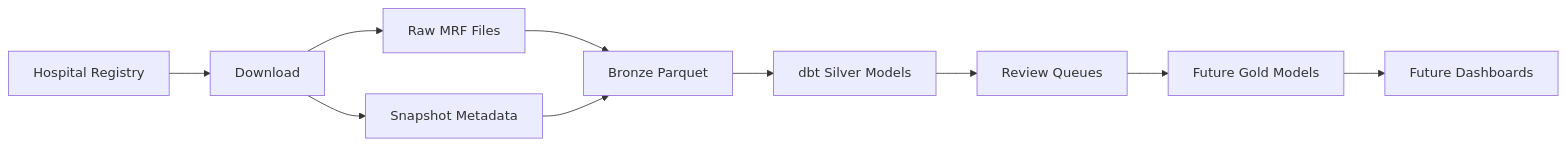
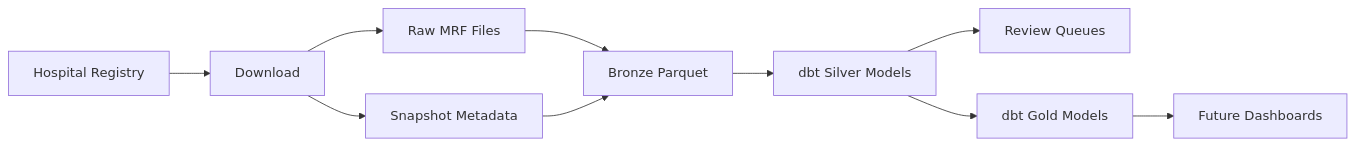
One commit to jakegussler/hospital-price-transparency-analytics changed the diagram in README.md. Above: the diagram before and after it, drawn with Mermaid. The commit also changed other lines of this file and 18 other files, not shown here.

````diff
--- a/README.md
+++ b/README.md
@@ -211,12 +218,12 @@
 ```mermaid
 flowchart LR
   registry[Hospital Registry] --> download[Download]
   download --> raw[Raw MRF Files]
   download --> snapshots[Snapshot Metadata]
   raw --> bronze[Bronze Parquet]
   snapshots --> bronze
   bronze --> silver[dbt Silver Models]
   silver --> review[Review Queues]
-  review --> gold[Future Gold Models]
+  silver --> gold[dbt Gold Models]
   gold --> dashboards[Future Dashboards]
 ```
````
